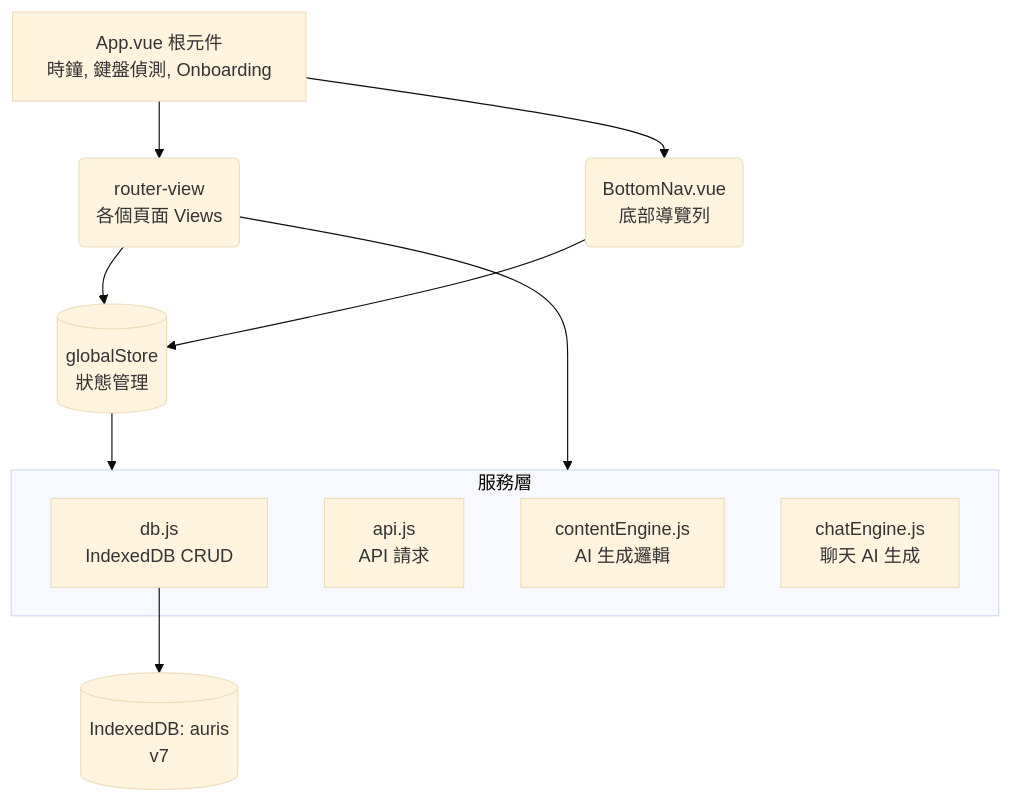
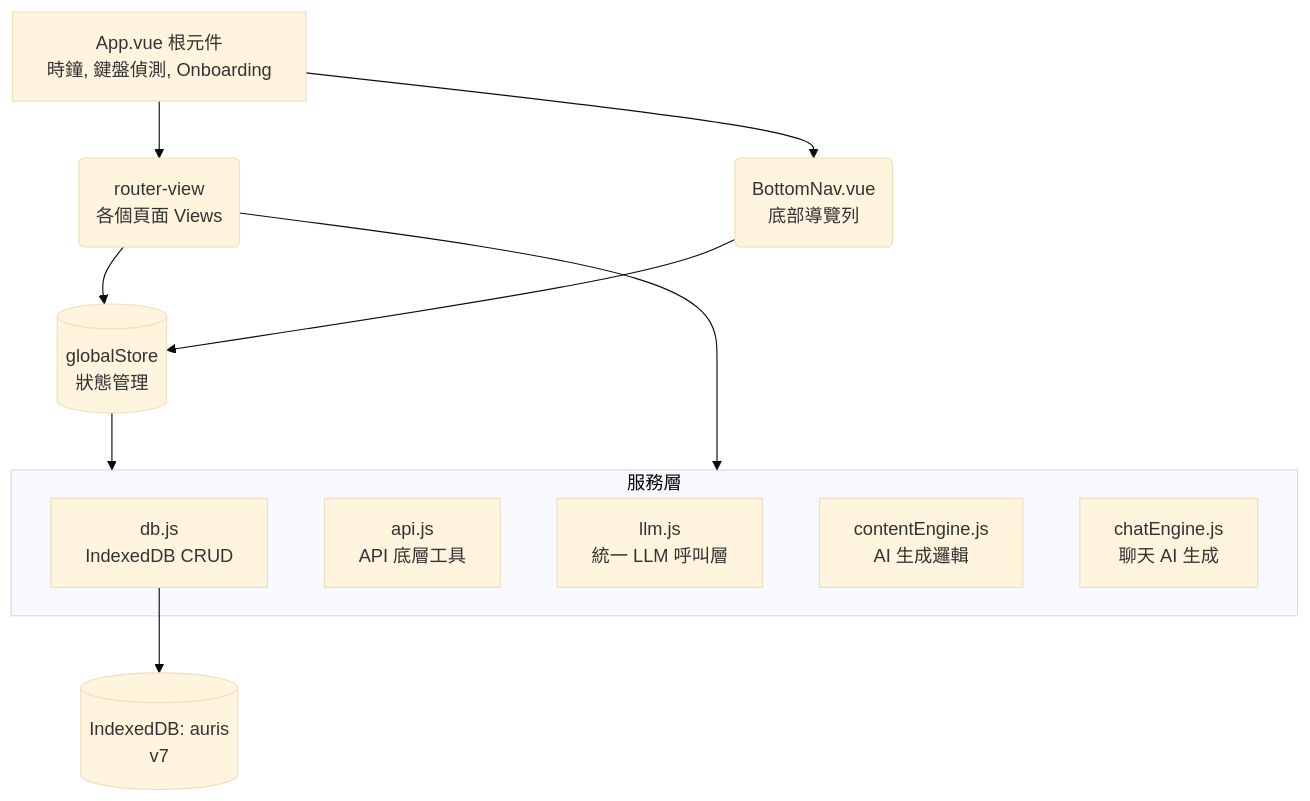
Before and after one commit to Sabine630/auris-app: the diagram in auris-vue/ARCHITECTURE.md, drawn with Mermaid (base theme). The commit also changed other lines of this file and 5 other files, not shown here.

First line of the commit message:
refactor: P99 統一 LLM 呼叫層 — 五叉 provider 分支收斂單一來源

````diff
--- a/auris-vue/ARCHITECTURE.md
+++ b/auris-vue/ARCHITECTURE.md
@@ -27,18 +27,19 @@
 ```mermaid
 graph TD
     App[App.vue 根元件<br/>時鐘, 鍵盤偵測, Onboarding] --> RouterView(router-view<br/>各個頁面 Views)
     App --> BottomNav(BottomNav.vue<br/>底部導覽列)
     RouterView --> GlobalStore[(globalStore<br/>狀態管理)]
     BottomNav --> GlobalStore
     GlobalStore --> Services[Services 服務層]
     RouterView --> Services
     
     subgraph Services [服務層]
         DB[db.js<br/>IndexedDB CRUD]
-        API[api.js<br/>API 請求]
+        API[api.js<br/>API 底層工具]
+        LLM[llm.js<br/>統一 LLM 呼叫層]
         CE[contentEngine.js<br/>AI 生成邏輯]
         Chat[chatEngine.js<br/>聊天 AI 生成]
     end
     
     DB --> IndexedDB[(IndexedDB: auris<br/>v7)]
 ```
````
